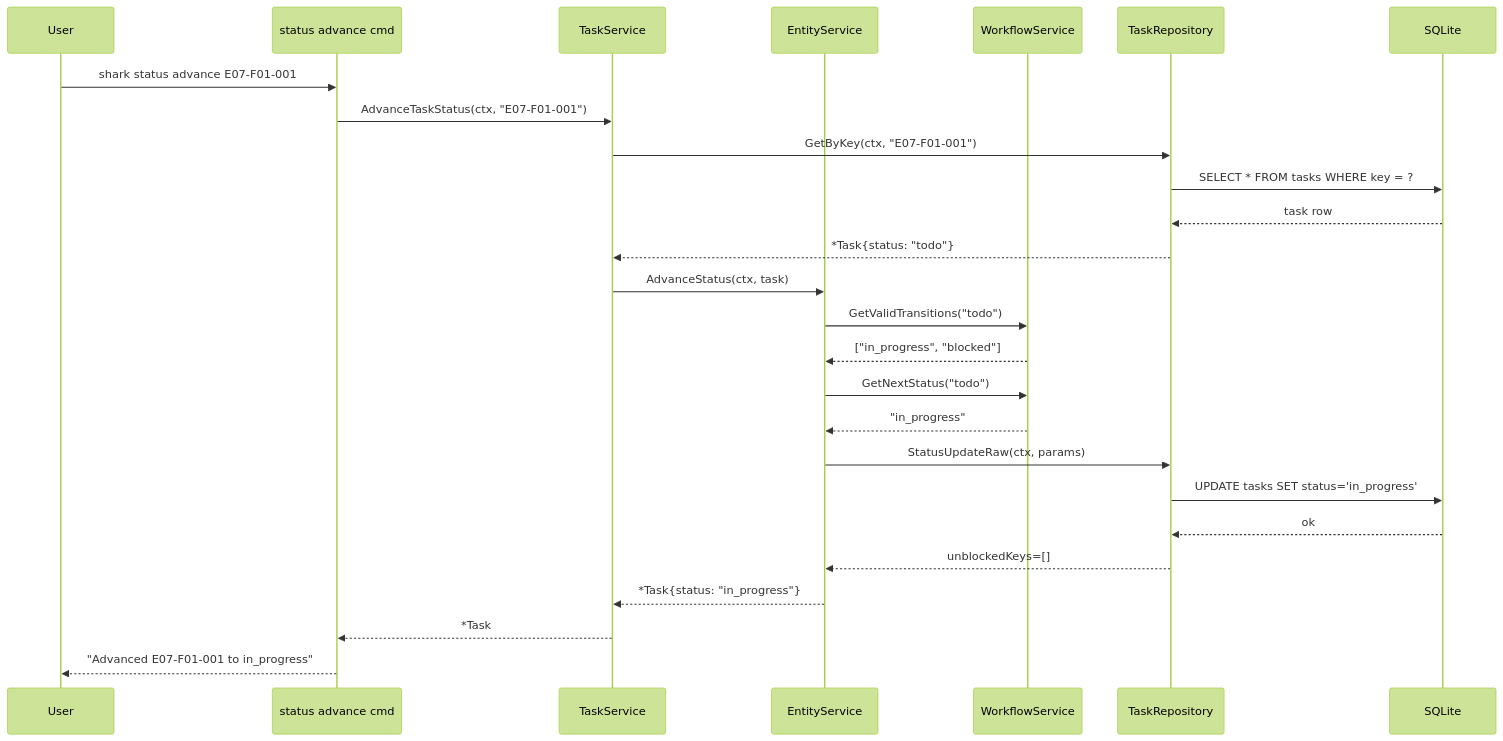
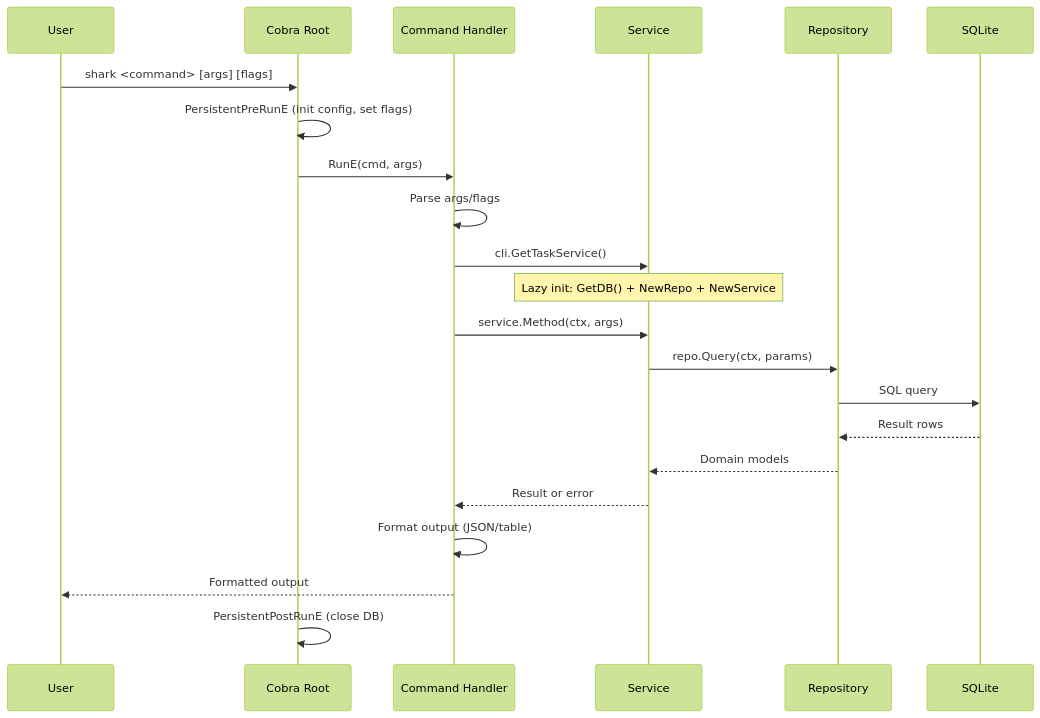
The first of 5 diagrams in brownfield-docs/diagrams/behavioral/sequence-diagrams.md (jwwelbor/shark-task-manager), drawn with Mermaid (forest theme) before and after one commit. The commit also changed other lines of this file and 47 other files, not shown here.

````diff
--- a/brownfield-docs/diagrams/behavioral/sequence-diagrams.md
+++ b/brownfield-docs/diagrams/behavioral/sequence-diagrams.md
@@ -9,32 +9,25 @@
 ```mermaid
 sequenceDiagram
-    participant User
-    participant Cmd as status advance cmd
-    participant Svc as TaskService
-    participant Entity as EntityService
-    participant WF as WorkflowService
-    participant Repo as TaskRepository
+    participant U as User
+    participant C as Cobra Root
+    participant CMD as Command Handler
+    participant SVC as Service
+    participant REPO as Repository
     participant DB as SQLite
 
-    User->>Cmd: shark status advance E07-F01-001
-    Cmd->>Svc: AdvanceTaskStatus(ctx, "E07-F01-001")
-    Svc->>Repo: GetByKey(ctx, "E07-F01-001")
-    Repo->>DB: SELECT * FROM tasks WHERE key = ?
-    DB-->>Repo: task row
-    Repo-->>Svc: *Task{status: "todo"}
-
-    Svc->>Entity: AdvanceStatus(ctx, task)
-    Entity->>WF: GetValidTransitions("todo")
-    WF-->>Entity: ["in_progress", "blocked"]
-    Entity->>WF: GetNextStatus("todo")
-    WF-->>Entity: "in_progress"
-
-    Entity->>Repo: StatusUpdateRaw(ctx, params)
-    Repo->>DB: UPDATE tasks SET status='in_progress'
-    DB-->>Repo: ok
-    Repo-->>Entity: unblockedKeys=[]
-
-    Entity-->>Svc: *Task{status: "in_progress"}
-    Svc-->>Cmd: *Task
-    Cmd-->>User: "Advanced E07-F01-001 to in_progress"
+    U->>C: shark <command> [args] [flags]
+    C->>C: PersistentPreRunE (init config, set flags)
+    C->>CMD: RunE(cmd, args)
+    CMD->>CMD: Parse args/flags
+    CMD->>SVC: cli.GetTaskService()
+    Note over SVC: Lazy init: GetDB() + NewRepo + NewService
+    CMD->>SVC: service.Method(ctx, args)
+    SVC->>REPO: repo.Query(ctx, params)
+    REPO->>DB: SQL query
+    DB-->>REPO: Result rows
+    REPO-->>SVC: Domain models
+    SVC-->>CMD: Result or error
+    CMD->>CMD: Format output (JSON/table)
+    CMD-->>U: Formatted output
+    C->>C: PersistentPostRunE (close DB)
 ```
````
